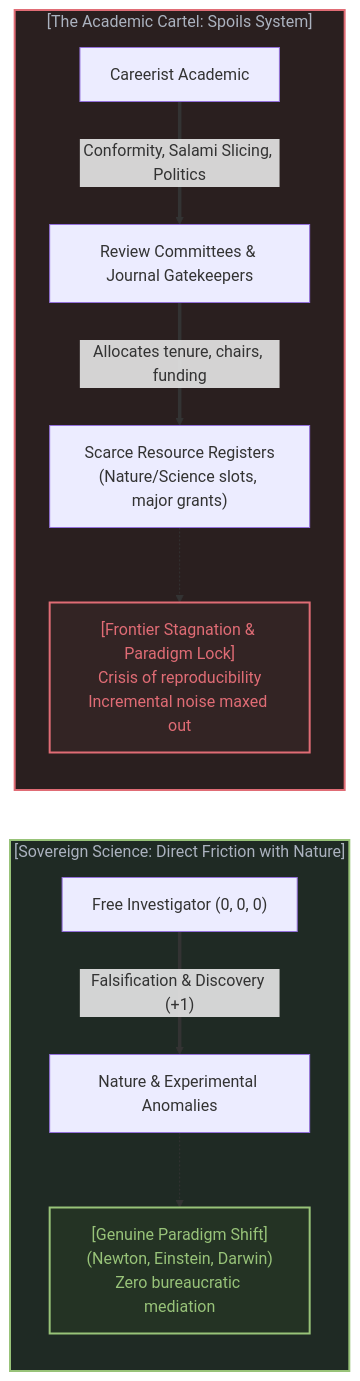
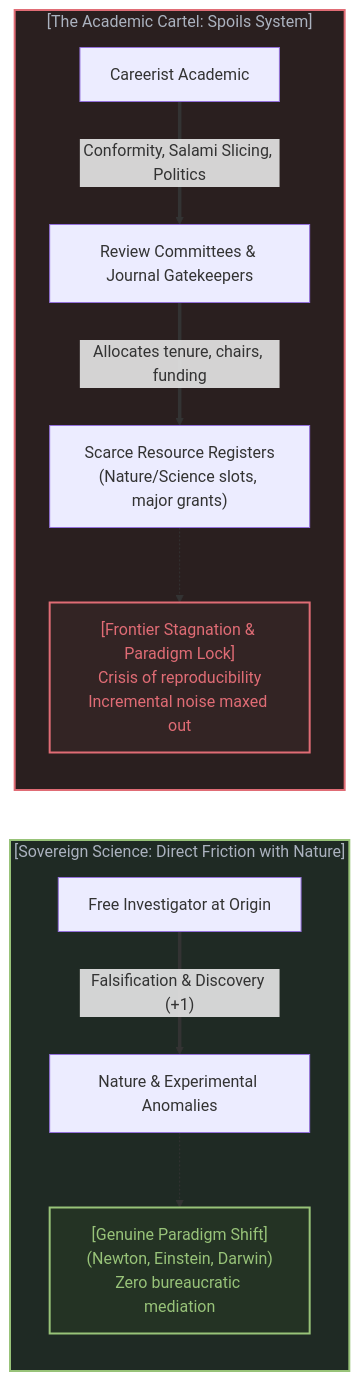
Before and after one commit to powerpig99/not-a-toe: the eighth of 10 diagrams in content/posts/the-reversal-of-education-and-science.md, drawn with Mermaid. The commit also changed other lines of this file and 15 other files, not shown here.

````diff
--- a/content/posts/the-reversal-of-education-and-science.md
+++ b/content/posts/the-reversal-of-education-and-science.md
@@ -345,25 +345,25 @@
 ```mermaid
 graph LR
     subgraph PrimalScience["[Sovereign Science: Direct Friction with Nature]"]
-        Researcher["Free Investigator (0, 0, 0)"]
+        Researcher["Free Investigator at Origin"]
         Empirical["Nature & Experimental Anomalies"]
         Researcher ==>|"Falsification & Discovery (+1)"| Empirical
         TruthRes["[Genuine Paradigm Shift]<br>(Newton, Einstein, Darwin)<br>Zero bureaucratic mediation"]
         Empirical -.-> TruthRes
     end
 
     subgraph AcademicCartel["[The Academic Cartel: Spoils System]"]
         Scholar["Careerist Academic"]
         Committee["Review Committees & Journal Gatekeepers"]
         GrantPower["Scarce Resource Registers<br>(Nature/Science slots, major grants)"]
         Scholar ==>|"Conformity, Salami Slicing, Politics"| Committee
         Committee ==>|"Allocates tenure, chairs, funding"| GrantPower
         Stagnation["[Frontier Stagnation & Paradigm Lock]<br>Crisis of reproducibility<br>Incremental noise maxed out"]
         GrantPower -.-> Stagnation
     end
 
     style PrimalScience fill:#1f2a24,stroke:#98c379,stroke-width:2px,color:#abb2bf
     style AcademicCartel fill:#2a1f1f,stroke:#e06c75,stroke-width:2px,color:#abb2bf
     style TruthRes fill:#243324,stroke:#98c379,stroke-width:2px,color:#98c379
     style Stagnation fill:#332424,stroke:#e06c75,stroke-width:2px,color:#e06c75
 ```
````
